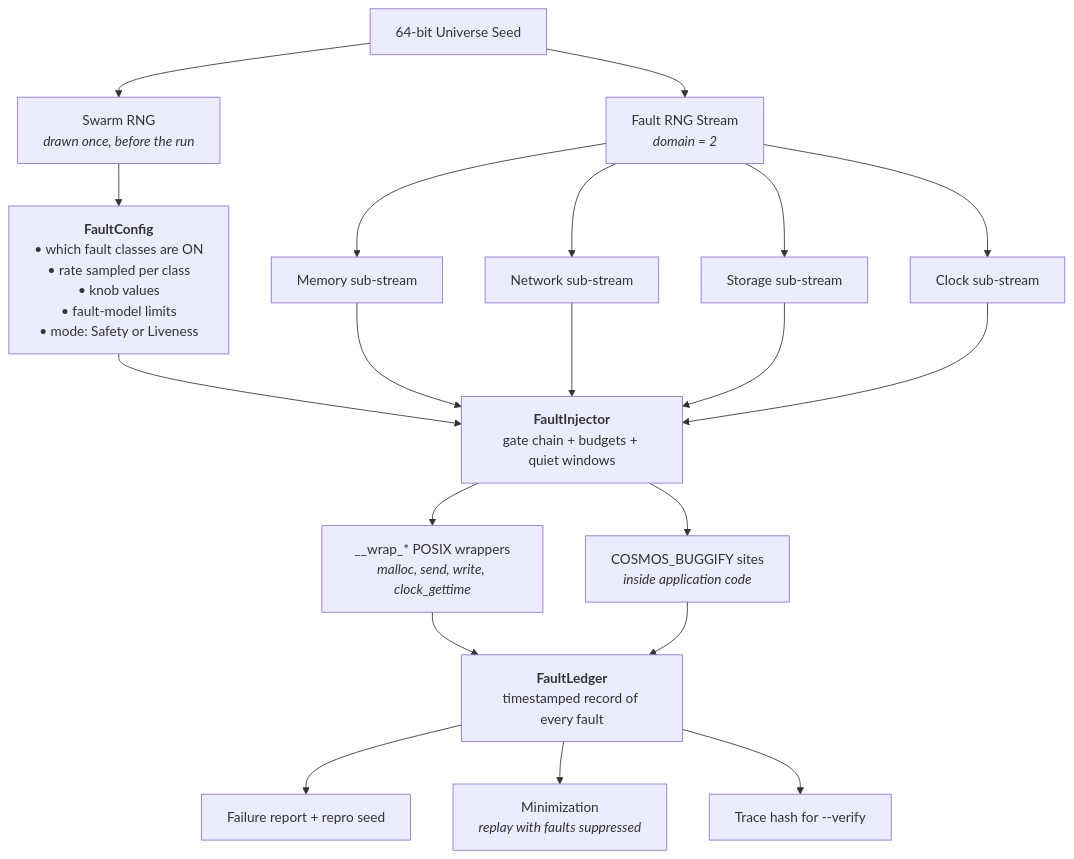
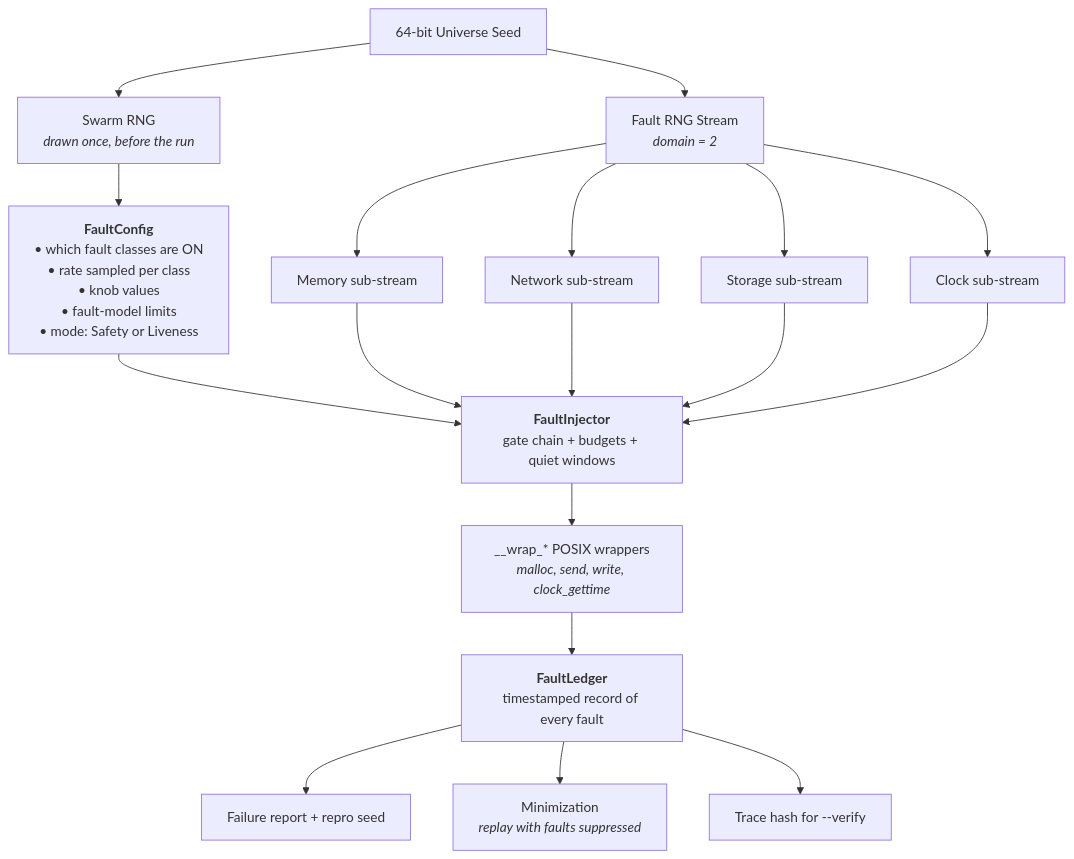
One commit to Soham-Maha/cosmos changed the first of 4 diagrams in docs/fault-injection.md. Above: the diagram before and after it, drawn with Mermaid. The commit also changed other lines of this file and 327 other files, not shown here.

````diff
--- a/docs/fault-injection.md
+++ b/docs/fault-injection.md
@@ -162,30 +163,28 @@
 ```mermaid
 graph TD
     Seed["64-bit Universe Seed"]
 
     Seed --> SwarmRng["Swarm RNG<br><i>drawn once, before the run</i>"]
     Seed --> FaultRng["Fault RNG Stream<br><i>domain = 2</i>"]
 
     SwarmRng --> Config["<b>FaultConfig</b><br>• which fault classes are ON<br>• rate sampled per class<br>• knob values<br>• fault-model limits<br>• mode: Safety or Liveness"]
 
     FaultRng --> MemS["Memory sub-stream"]
     FaultRng --> NetS["Network sub-stream"]
     FaultRng --> StoreS["Storage sub-stream"]
     FaultRng --> ClockS["Clock sub-stream"]
 
     Config --> Injector["<b>FaultInjector</b><br>gate chain + budgets + quiet windows"]
     MemS --> Injector
     NetS --> Injector
     StoreS --> Injector
     ClockS --> Injector
 
     Injector --> Wrappers["__wrap_* POSIX wrappers<br><i>malloc, send, write, clock_gettime</i>"]
-    Injector --> Buggify["COSMOS_BUGGIFY sites<br><i>inside application code</i>"]
 
     Wrappers --> Ledger["<b>FaultLedger</b><br>timestamped record of every fault"]
-    Buggify --> Ledger
 
     Ledger --> Report["Failure report + repro seed"]
     Ledger --> Minimize["Minimization<br><i>replay with faults suppressed</i>"]
     Ledger --> Hash["Trace hash for --verify"]
 ```
````
